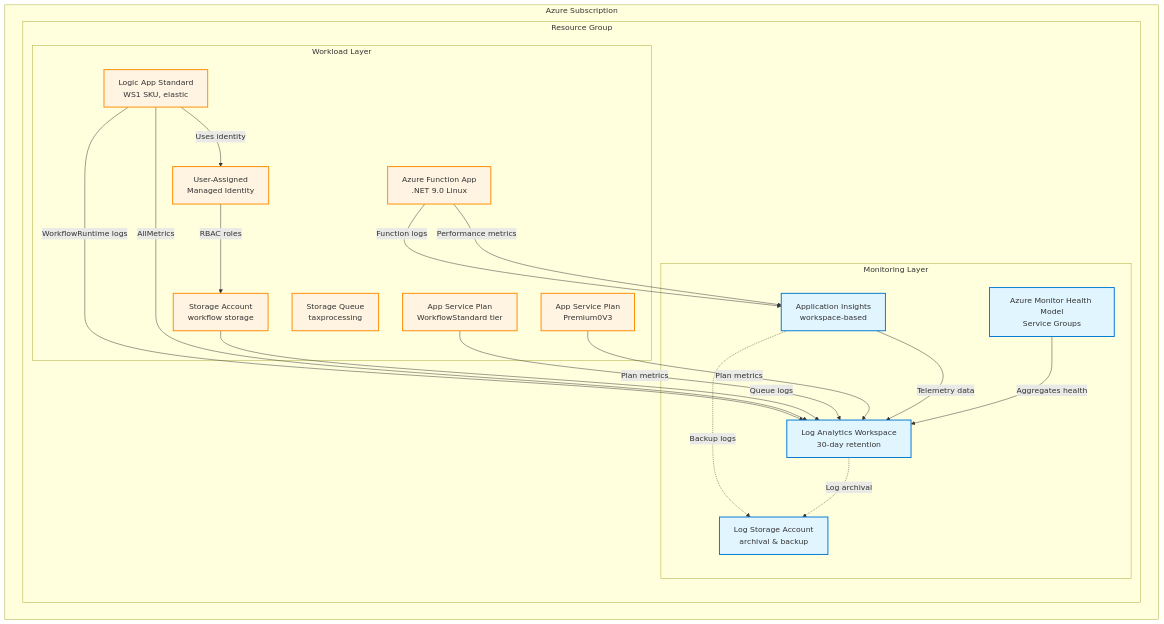
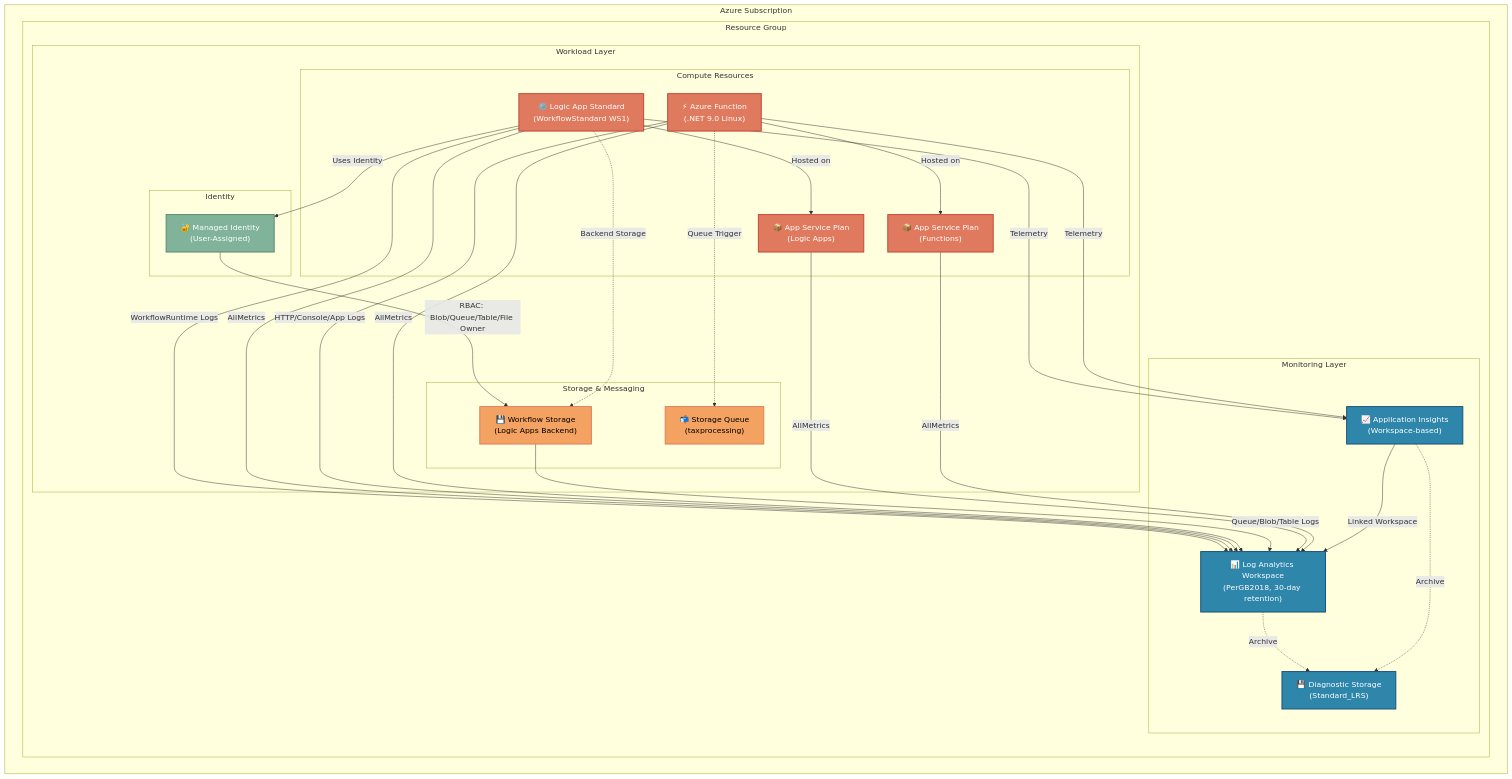
One commit to Evilazaro/Azure-LogicApps-Monitoring changed the first of 2 diagrams in README.md. Above: the diagram before and after it, drawn with Mermaid. The commit also changed other lines of this file, not shown here.

Commit message:
Implement feature X to enhance user experience and fix bug Y in module Z

````diff
--- a/README.md
+++ b/README.md
@@ -89,49 +96,69 @@
 ```mermaid
 graph TB
     subgraph "Azure Subscription"
         subgraph "Resource Group"
             subgraph "Monitoring Layer"
-                LAW[Log Analytics Workspace<br/>30-day retention]
-                AI[Application Insights<br/>workspace-based]
-                LS[Log Storage Account<br/>archival & backup]
-                HM[Azure Monitor Health Model<br/>Service Groups]
+                LAW["📊 Log Analytics Workspace<br/>(PerGB2018, 30-day retention)"]
+                AI["📈 Application Insights<br/>(Workspace-based)"]
+                DIAG_STORAGE["💾 Diagnostic Storage<br/>(Standard_LRS)"]
             end
             
             subgraph "Workload Layer"
-                LA[Logic App Standard<br/>WS1 SKU, elastic]
-                ASP1[App Service Plan<br/>WorkflowStandard tier]
-                MI[User-Assigned<br/>Managed Identity]
+                subgraph "Compute Resources"
+                    LA["⚙️ Logic App Standard<br/>(WorkflowStandard WS1)"]
+                    FUNC["⚡ Azure Function<br/>(.NET 9.0 Linux)"]
+                    ASP_LA["📦 App Service Plan<br/>(Logic Apps)"]
+                    ASP_FUNC["📦 App Service Plan<br/>(Functions)"]
+                end
                 
-                FA[Azure Function App<br/>.NET 9.0 Linux]
-                ASP2[App Service Plan<br/>Premium0V3]
+                subgraph "Storage & Messaging"
+                    WF_STORAGE["💾 Workflow Storage<br/>(Logic Apps Backend)"]
+                    QUEUE["📬 Storage Queue<br/>(taxprocessing)"]
+                end
                 
-                SA[Storage Account<br/>workflow storage]
-                Q[Storage Queue<br/>taxprocessing]
+                subgraph "Identity"
+                    MI["🔐 Managed Identity<br/>(User-Assigned)"]
+                end
             end
         end
     end
     
-    %% Data flow arrows
-    LA -->|WorkflowRuntime logs| LAW
-    LA -->|AllMetrics| LAW
-    FA -->|Function logs| AI
-    FA -->|Performance metrics| AI
-    SA -->|Queue logs| LAW
-    ASP1 -->|Plan metrics| LAW
-    ASP2 -->|Plan metrics| LAW
+    %% Diagnostic Settings Flow (Red)
+    LA -->|"WorkflowRuntime Logs"| LAW
+    LA -->|"AllMetrics"| LAW
+    FUNC -->|"HTTP/Console/App Logs"| LAW
+    FUNC -->|"AllMetrics"| LAW
+    WF_STORAGE -->|"Queue/Blob/Table Logs"| LAW
+    ASP_LA -->|"AllMetrics"| LAW
+    ASP_FUNC -->|"AllMetrics"| LAW
     
-    AI -->|Telemetry data| LAW
-    AI -.->|Backup logs| LS
-    LAW -.->|Log archival| LS
+    %% Storage for Long-term Retention (Orange)
+    LAW -.->|"Archive"| DIAG_STORAGE
+    AI -.->|"Archive"| DIAG_STORAGE
     
-    MI -->|RBAC roles| SA
-    LA -->|Uses identity| MI
+    %% Application Insights Telemetry (Green)
+    LA -->|"Telemetry"| AI
+    FUNC -->|"Telemetry"| AI
+    AI -->|"Linked Workspace"| LAW
     
-    HM -->|Aggregates health| LAW
+    %% Managed Identity Access (Blue)
+    MI -->|"RBAC: Blob/Queue/Table/File Owner"| WF_STORAGE
+    LA -->|"Uses Identity"| MI
     
-    classDef monitoring fill:#e1f5ff,stroke:#0078d4,stroke-width:2px
-    classDef workload fill:#fff4e1,stroke:#ff8c00,stroke-width:2px
+    %% Workload Dependencies (Gray)
+    LA -.->|"Backend Storage"| WF_STORAGE
+    FUNC -.->|"Queue Trigger"| QUEUE
+    LA -->|"Hosted on"| ASP_LA
+    FUNC -->|"Hosted on"| ASP_FUNC
     
-    class LAW,AI,LS,HM monitoring
-    class LA,FA,SA,Q,ASP1,ASP2,MI workload
+    style LAW fill:#2E86AB,stroke:#1A5276,stroke-width:2px,color:#fff
+    style AI fill:#2E86AB,stroke:#1A5276,stroke-width:2px,color:#fff
+    style DIAG_STORAGE fill:#2E86AB,stroke:#1A5276,stroke-width:2px,color:#fff
+    style LA fill:#E07A5F,stroke:#C44536,stroke-width:2px,color:#fff
+    style FUNC fill:#E07A5F,stroke:#C44536,stroke-width:2px,color:#fff
+    style WF_STORAGE fill:#F4A261,stroke:#E07A5F,stroke-width:2px,color:#000
+    style QUEUE fill:#F4A261,stroke:#E07A5F,stroke-width:2px,color:#000
+    style MI fill:#81B29A,stroke:#5A8A74,stroke-width:2px,color:#fff
+    style ASP_LA fill:#E07A5F,stroke:#C44536,stroke-width:2px,color:#fff
+    style ASP_FUNC fill:#E07A5F,stroke:#C44536,stroke-width:2px,color:#fff
 ```
````
